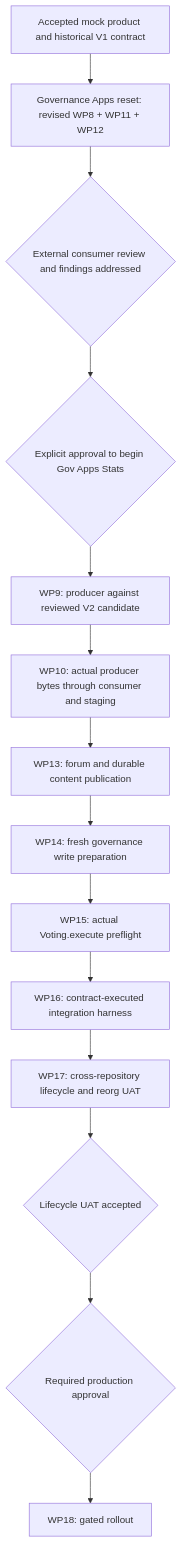
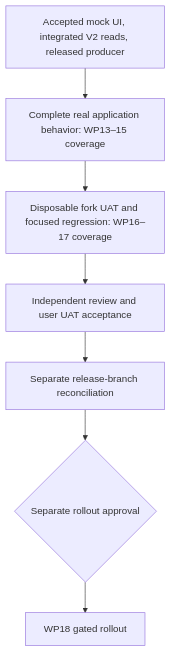
Before and after one commit to 0xPickles/governance-apps: the diagram in docs/apps/dao/delivery/dependency-graph.md, drawn with Mermaid. The commit also changed other lines of this file and 13 other files, not shown here.

````diff
--- a/docs/apps/dao/delivery/dependency-graph.md
+++ b/docs/apps/dao/delivery/dependency-graph.md
@@ -12,16 +7,9 @@
 ```mermaid
 flowchart TD
-  M2["Accepted mock product and historical V1 contract"] --> Reset["Governance Apps reset: revised WP8 + WP11 + WP12"]
-  Reset --> Review{"External consumer review and findings addressed"}
-  Review --> Start{"Explicit approval to begin Gov Apps Stats"}
-  Start --> WP9["WP9: producer against reviewed V2 candidate"]
-  WP9 --> WP10["WP10: actual producer bytes through consumer and staging"]
-  WP10 --> WP13["WP13: forum and durable content publication"]
-  WP13 --> WP14["WP14: fresh governance write preparation"]
-  WP14 --> WP15["WP15: actual Voting.execute preflight"]
-  WP15 --> WP16["WP16: contract-executed integration harness"]
-  WP16 --> WP17["WP17: cross-repository lifecycle and reorg UAT"]
-  WP17 --> ForkReview{"Lifecycle UAT accepted"}
-  ForkReview --> Production{"Required production approval"}
-  Production --> WP18["WP18: gated rollout"]
+  Baseline["Accepted mock UI, integrated V2 reads, released producer"] --> Live["Complete real application behavior: WP13–15 coverage"]
+  Live --> UAT["Disposable fork UAT and focused regression: WP16–17 coverage"]
+  UAT --> Review["Independent review and user UAT acceptance"]
+  Review --> Reconcile["Separate release-branch reconciliation"]
+  Reconcile --> Approval{"Separate rollout approval"}
+  Approval --> Rollout["WP18 gated rollout"]
 ```
````
